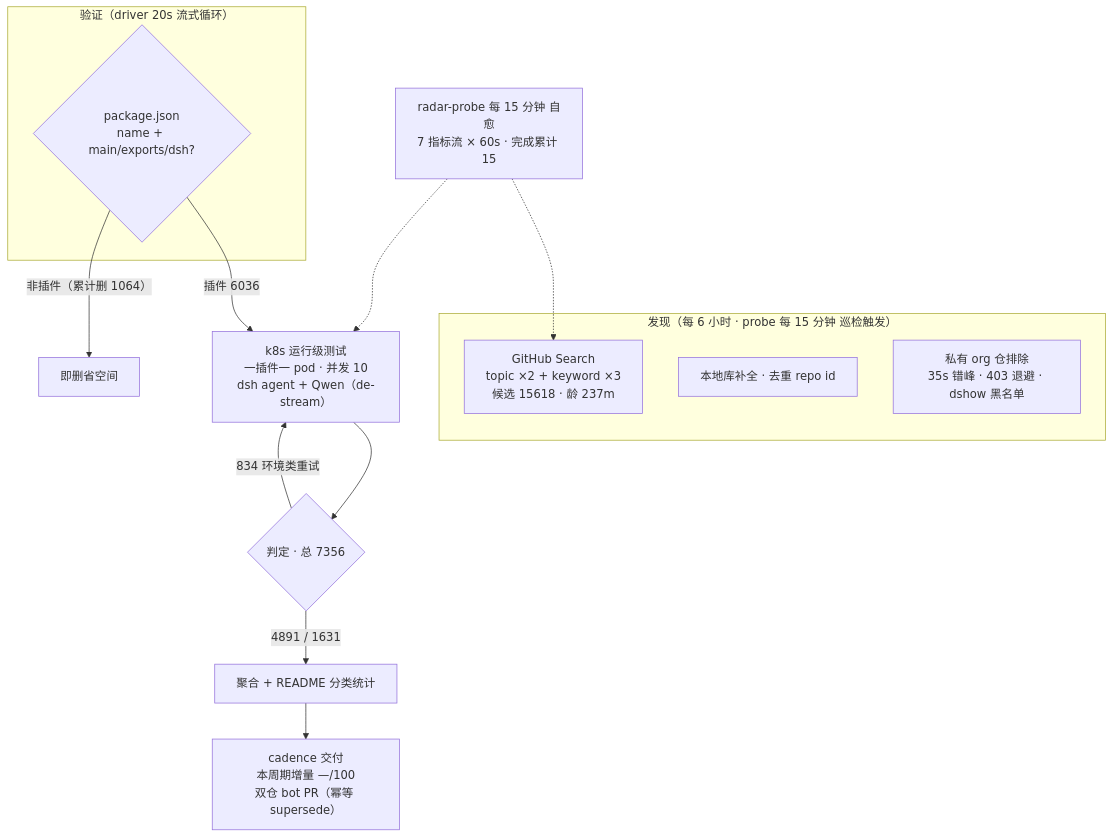
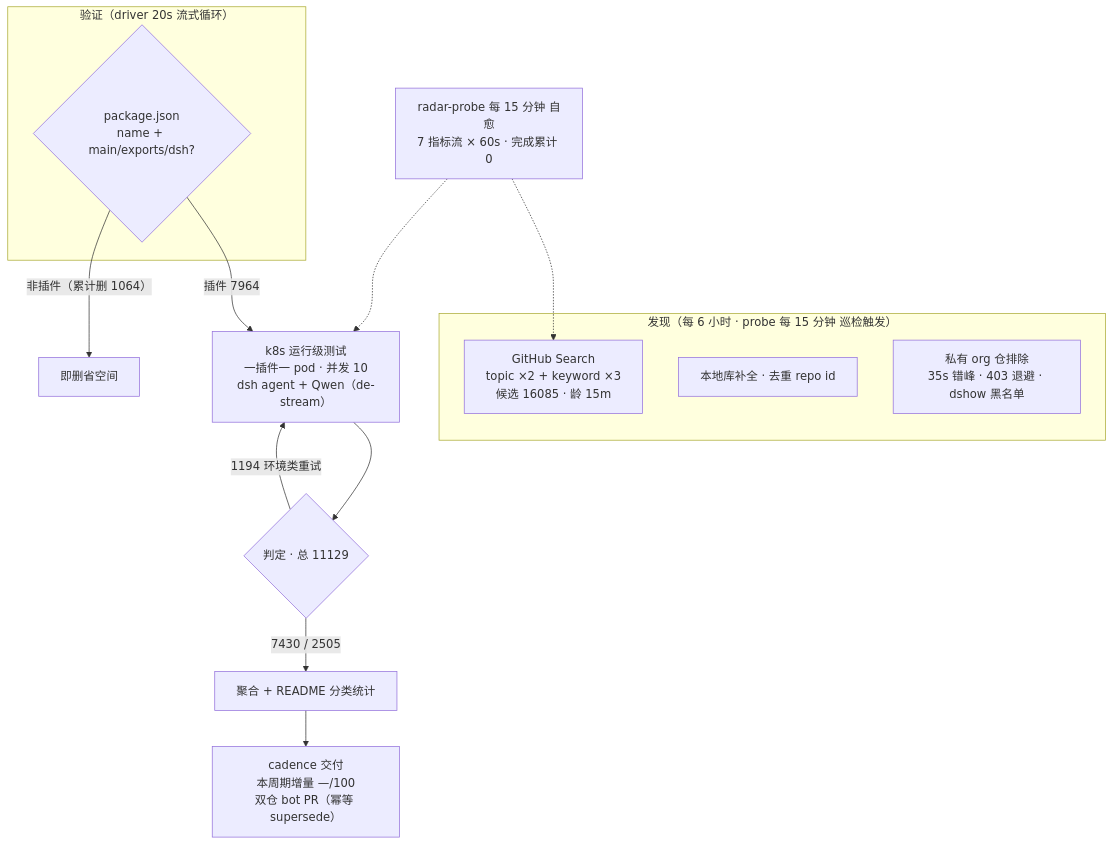
One commit to the-beating-light-of-the-nail/dsh-meme-hub-site changed the diagram in public/readmes/awesome-dsh-plugins.md. Above: the diagram before and after it, drawn with Mermaid. The commit also changed other lines of this file and 229 other files, not shown here.

````diff
--- a/public/readmes/awesome-dsh-plugins.md
+++ b/public/readmes/awesome-dsh-plugins.md
@@ -37,20 +52,20 @@
 ```mermaid
 flowchart TB
     subgraph Discovery["发现（每 6 小时 · probe 每 15 分钟 巡检触发）"]
-        A1["GitHub Search<br/>topic ×2 + keyword ×3<br/>候选 15618 · 龄 237m"]
+        A1["GitHub Search<br/>topic ×2 + keyword ×3<br/>候选 16085 · 龄 15m"]
         A2["本地库补全 · 去重 repo id"]
         A3["私有 org 仓排除<br/>35s 错峰 · 403 退避 · dshow 黑名单"]
     end
     subgraph Validation["验证（driver 20s 流式循环）"]
         B1{"package.json<br/>name + main/exports/dsh?"}
     end
-    B1 -->|"插件 6036"| C1["k8s 运行级测试<br/>一插件一 pod · 并发 10<br/>dsh agent + Qwen（de-stream）"]
+    B1 -->|"插件 7964"| C1["k8s 运行级测试<br/>一插件一 pod · 并发 10<br/>dsh agent + Qwen（de-stream）"]
     B1 -->|"非插件（累计删 1064）"| B3["即删省空间"]
-    C1 --> D1{"判定 · 总 7356"}
-    D1 -->|"4891 / 1631"| E1["聚合 + README 分类统计"]
-    D1 -->|"834 环境类重试"| C1
+    C1 --> D1{"判定 · 总 11129"}
+    D1 -->|"7430 / 2505"| E1["聚合 + README 分类统计"]
+    D1 -->|"1194 环境类重试"| C1
     E1 --> E2["cadence 交付<br/>本周期增量 —/100<br/>双仓 bot PR（幂等 supersede）"]
-    M["radar-probe 每 15 分钟 自愈<br/>7 指标流 × 60s · 完成累计 15"]
+    M["radar-probe 每 15 分钟 自愈<br/>7 指标流 × 60s · 完成累计 0"]
     M -.-> A1
     M -.-> C1
 ```
````
